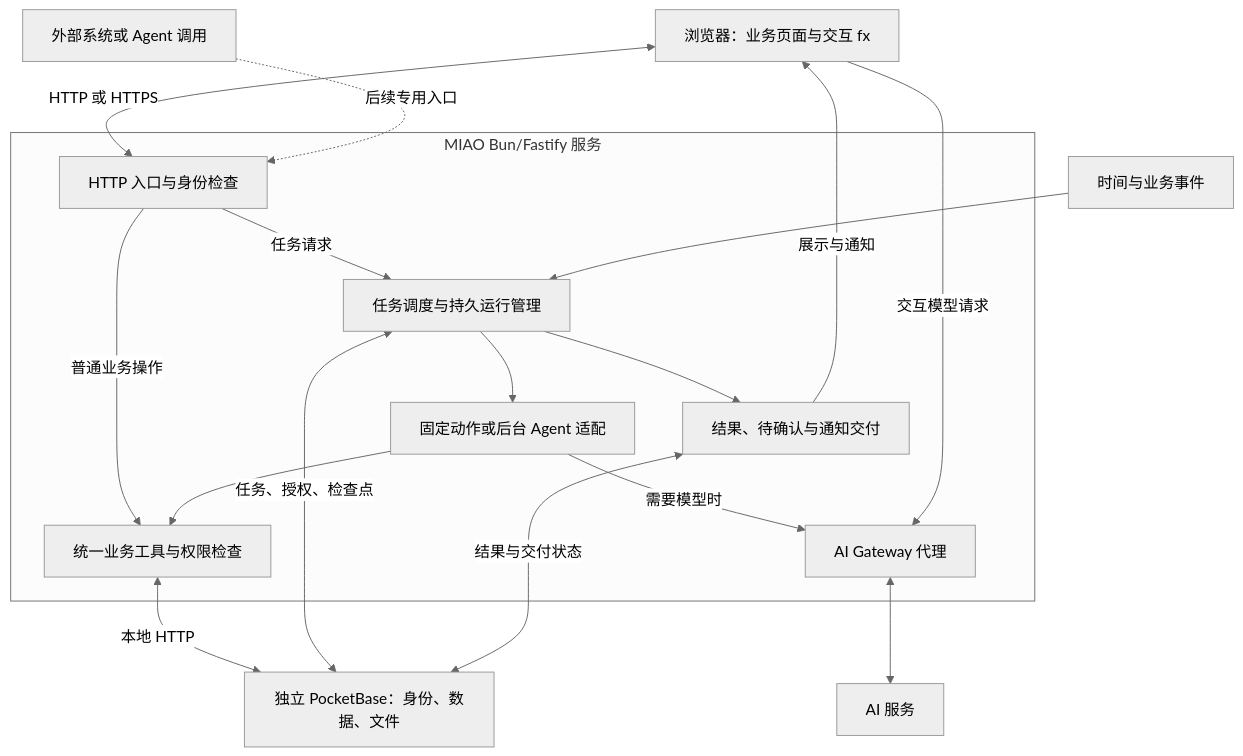
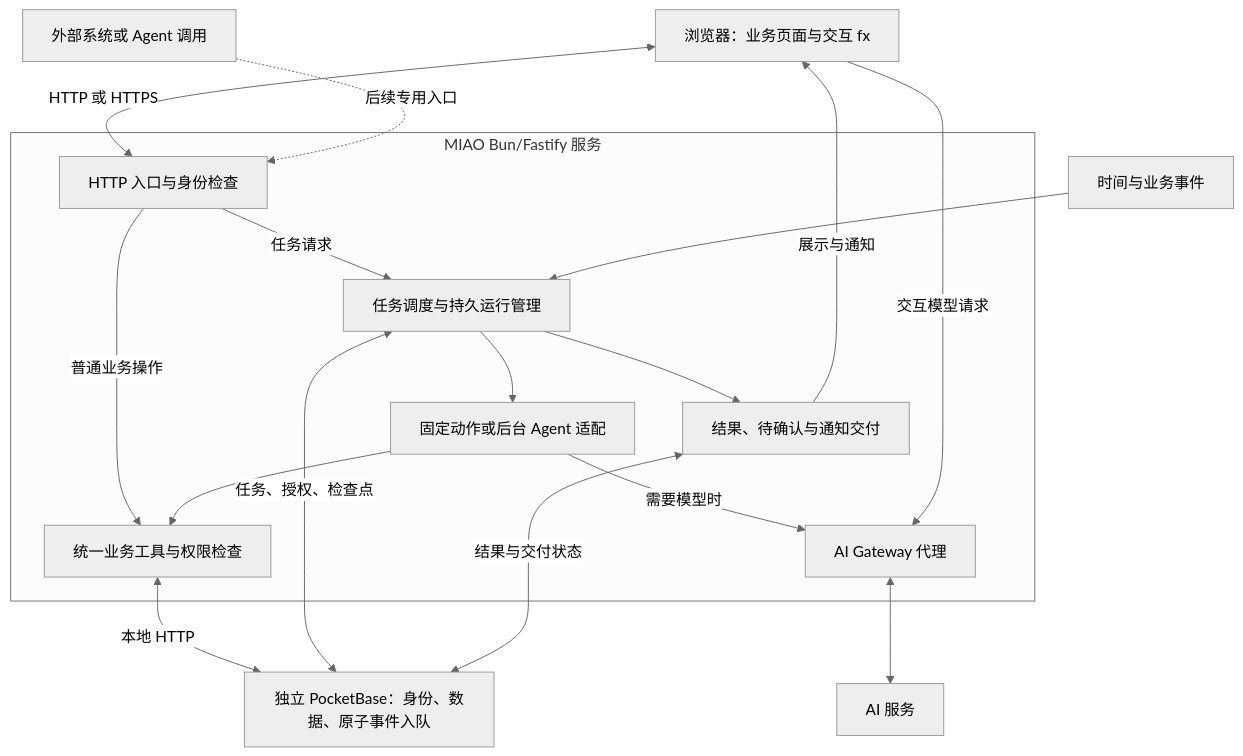
Before and after one commit to tans/miao: the first of 2 diagrams in docs/OPERATIONS.md, drawn with Mermaid (neutral theme). The commit also changed other lines of this file and 26 other files, not shown here.

First line of the commit message:
fix: complete background task delivery and recovery flows

````diff
--- a/docs/OPERATIONS.md
+++ b/docs/OPERATIONS.md
@@ -369,29 +374,29 @@
 ```mermaid
 flowchart TD
     WEB["浏览器：业务页面与交互 fx"]
     TRIGGER["时间与业务事件"]
     EXTERNAL["外部系统或 Agent 调用"]
     subgraph BUN["MIAO Bun/Fastify 服务"]
         API["HTTP 入口与身份检查"]
         RUN["任务调度与持久运行管理"]
         EXEC["固定动作或后台 Agent 适配"]
         TOOL["统一业务工具与权限检查"]
         RESULT["结果、待确认与通知交付"]
         GATEWAY["AI Gateway 代理"]
         API -->|任务请求| RUN
         API -->|普通业务操作| TOOL
         RUN --> EXEC
         EXEC --> TOOL
         EXEC -->|需要模型时| GATEWAY
         RUN --> RESULT
     end
     WEB <-->|HTTP 或 HTTPS| API
     WEB -->|交互模型请求| GATEWAY
     EXTERNAL -.->|后续专用入口| API
     TRIGGER --> RUN
-    TOOL <-->|本地 HTTP| PB["独立 PocketBase：身份、数据、文件"]
+    TOOL <-->|本地 HTTP| PB["独立 PocketBase：身份、数据、原子事件入队"]
     RUN <-->|任务、授权、检查点| PB
     RESULT <-->|结果与交付状态| PB
     RESULT -->|展示与通知| WEB
     GATEWAY <--> AI["AI 服务"]
 ```
````
